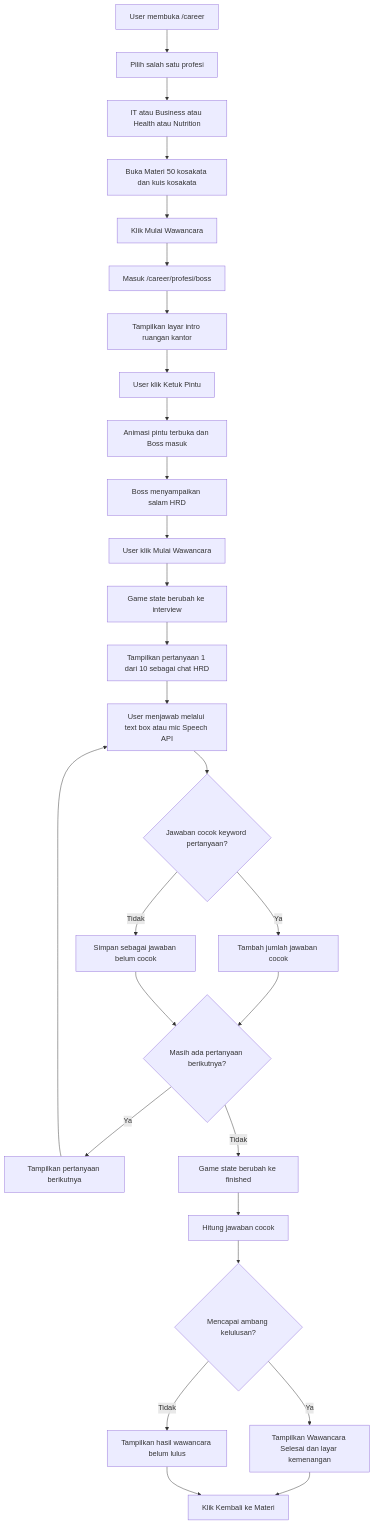
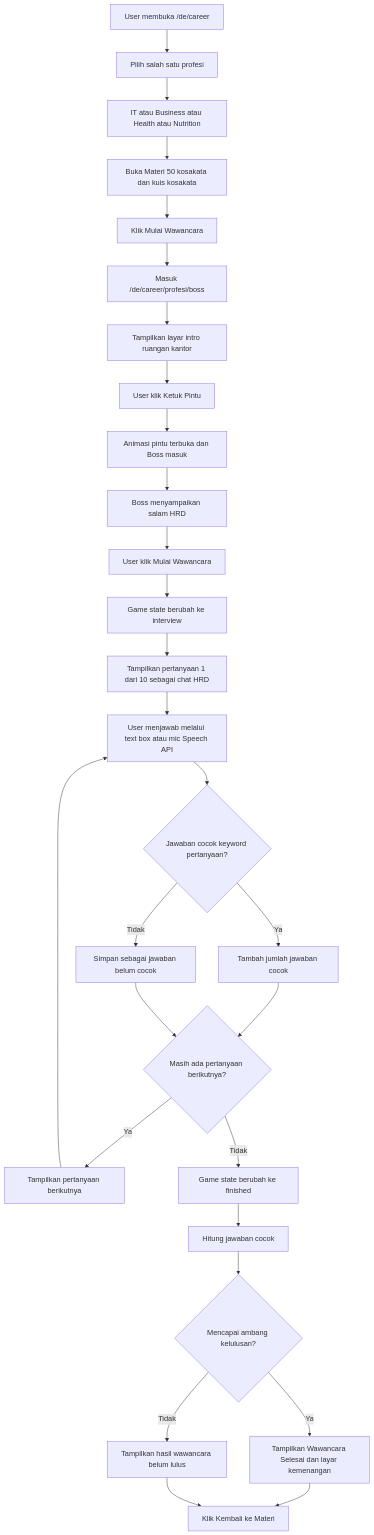
One commit to nandayudhistirawibowo/NdUniverse changed the tenth of 15 diagrams in FLOWCHART.md. Above: the diagram before and after it, drawn with Mermaid. The commit also changed other lines of this file and 10 other files, not shown here.

````diff
--- a/FLOWCHART.md
+++ b/FLOWCHART.md
@@ -170,30 +170,30 @@
 ```mermaid
 flowchart TD
-    A[User membuka /career] --> B[Pilih salah satu profesi]
+    A[User membuka /de/career] --> B[Pilih salah satu profesi]
     B --> C[IT atau Business atau Health atau Nutrition]
     C --> D[Buka Materi 50 kosakata dan kuis kosakata]
     D --> E[Klik Mulai Wawancara]
-    E --> F[Masuk /career/profesi/boss]
+    E --> F[Masuk /de/career/profesi/boss]
     F --> G[Tampilkan layar intro ruangan kantor]
     G --> H[User klik Ketuk Pintu]
     H --> I[Animasi pintu terbuka dan Boss masuk]
     I --> J[Boss menyampaikan salam HRD]
     J --> K[User klik Mulai Wawancara]
     K --> L[Game state berubah ke interview]
     L --> M[Tampilkan pertanyaan 1 dari 10 sebagai chat HRD]
     M --> N[User menjawab melalui text box atau mic Speech API]
     N --> O{Jawaban cocok keyword pertanyaan?}
     O -->|Ya| P[Tambah jumlah jawaban cocok]
     O -->|Tidak| Q[Simpan sebagai jawaban belum cocok]
     P --> R{Masih ada pertanyaan berikutnya?}
     Q --> R
     R -->|Ya| S[Tampilkan pertanyaan berikutnya]
     S --> N
     R -->|Tidak| T[Game state berubah ke finished]
     T --> U[Hitung jawaban cocok]
     U --> V{Mencapai ambang kelulusan?}
     V -->|Ya| W[Tampilkan Wawancara Selesai dan layar kemenangan]
     V -->|Tidak| X[Tampilkan hasil wawancara belum lulus]
     W --> Y[Klik Kembali ke Materi]
     X --> Y
 ```
````
